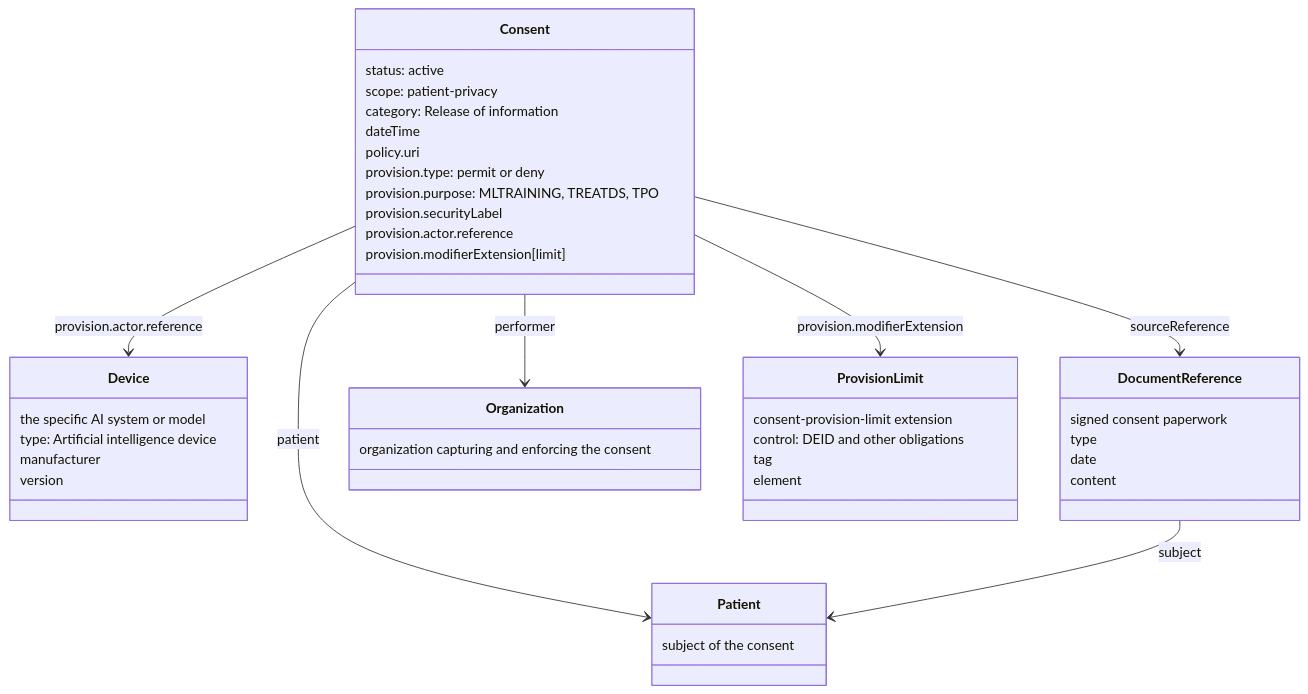
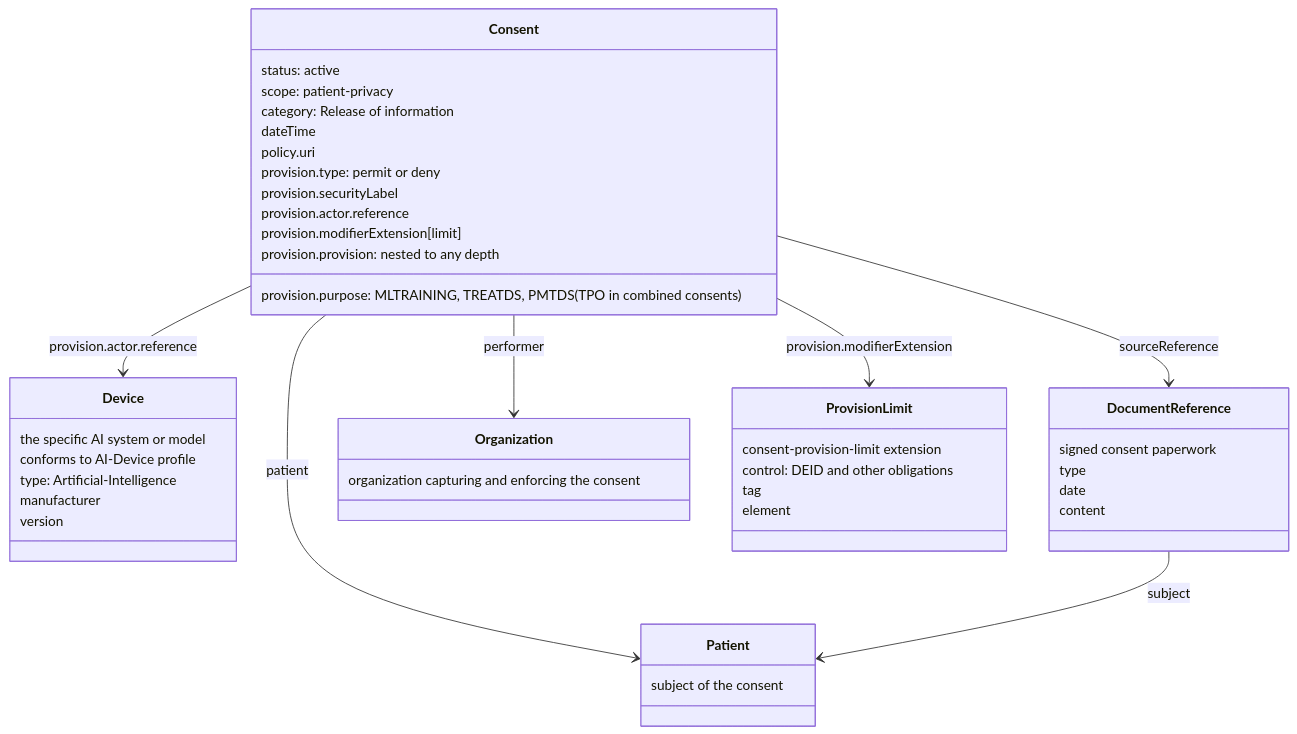
The diagram in input/pagecontent/index.md (JohnMoehrke/ConsentAboutAI), drawn with Mermaid before and after one commit. The commit also changed other lines of this file and 8 other files, not shown here.

````diff
--- a/input/pagecontent/index.md
+++ b/input/pagecontent/index.md
@@ -34,46 +45,48 @@
 ```mermaid
 classDiagram
 class Patient {
 subject of the consent
 }
 class Consent {
 status: active
 scope: patient-privacy
 category: Release of information
 dateTime
 policy.uri
 provision.type: permit or deny
-provision.purpose: MLTRAINING, TREATDS, TPO
+provision.purpose: MLTRAINING, TREATDS, PMTDS (TPO in combined consents)
 provision.securityLabel
 provision.actor.reference
 provision.modifierExtension[limit]
+provision.provision: nested to any depth
 }
 class Device {
 the specific AI system or model
-type: Artificial intelligence device
+conforms to AI-Device profile
+type: Artificial-Intelligence
 manufacturer
 version
 }
 class DocumentReference {
 signed consent paperwork
 type
 date
 content
 }
 class Organization {
 organization capturing and enforcing the consent
 }
 class ProvisionLimit {
 consent-provision-limit extension
 control: DEID and other obligations
 tag
 element
 }
 
 Consent --> Patient : patient
 Consent --> DocumentReference : sourceReference
 Consent --> Organization : performer
 Consent --> Device : provision.actor.reference
 Consent --> ProvisionLimit : provision.modifierExtension
 DocumentReference --> Patient : subject
 ```
````
